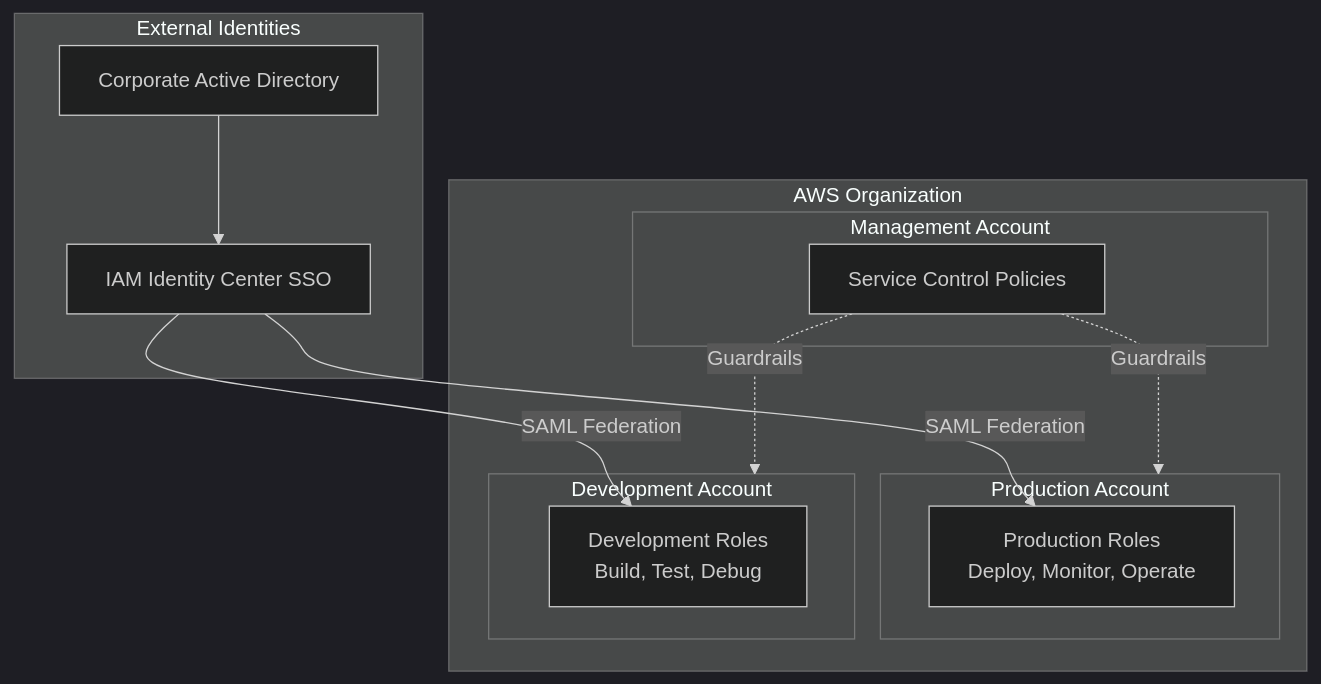
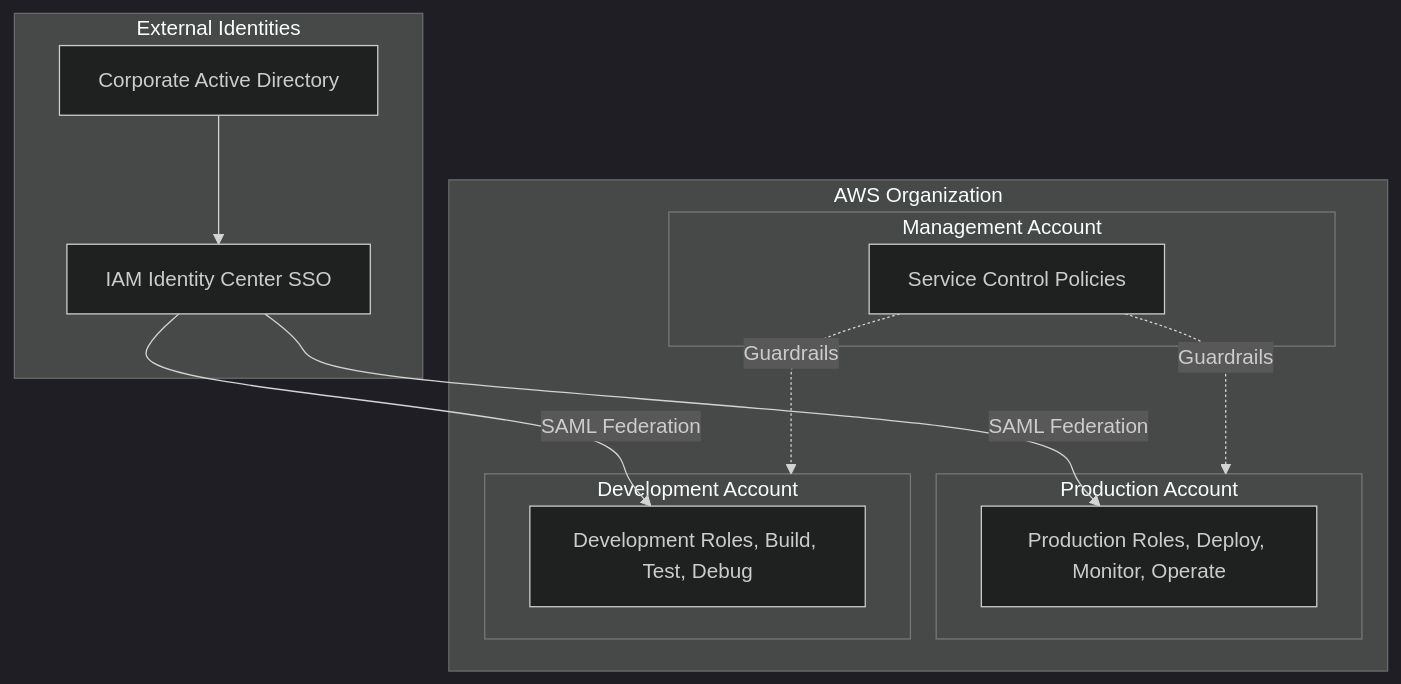
One commit to DeeptiShuklaProject/Uday_AWS changed the third of 5 diagrams in Chapter_01_AWS_IAM.md. Above: the diagram before and after it, drawn with Mermaid (dark theme). The commit also changed other lines of this file and 34 other files, not shown here.

Commit message:
Fix mermaid diagrams syntax across all chapters (quote labels and remove HTML)

````diff
--- a/Chapter_01_AWS_IAM.md
+++ b/Chapter_01_AWS_IAM.md
@@ -660,25 +660,25 @@
 ```mermaid
 flowchart TD
     subgraph External["External Identities"]
         AD[Corporate Active Directory]
         SSO[IAM Identity Center SSO]
     end
     
     subgraph AWS_Org["AWS Organization"]
         subgraph MgmtAcct["Management Account"]
             SCP[Service Control Policies]
         end
         subgraph ProdAcct["Production Account"]
-            ProdRoles[Production Roles<br>Deploy, Monitor, Operate]
+            ProdRoles["Production Roles, Deploy, Monitor, Operate"]
         end
         subgraph DevAcct["Development Account"]
-            DevRoles[Development Roles<br>Build, Test, Debug]
+            DevRoles["Development Roles, Build, Test, Debug"]
         end
     end
     
     AD --> SSO
     SSO -->|SAML Federation| ProdRoles
     SSO -->|SAML Federation| DevRoles
     SCP -.->|Guardrails| ProdAcct
     SCP -.->|Guardrails| DevAcct
 ```
````
